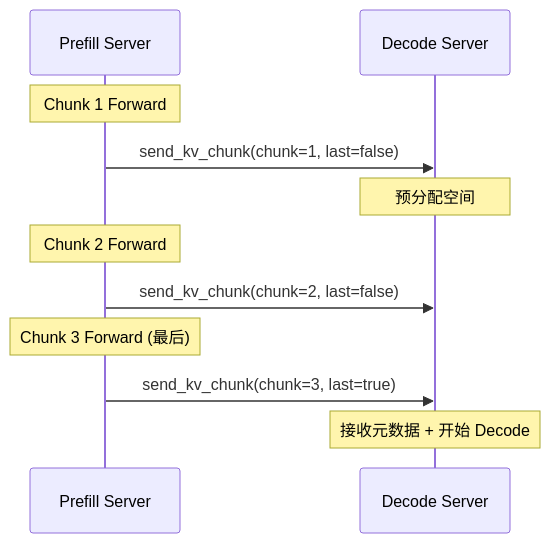
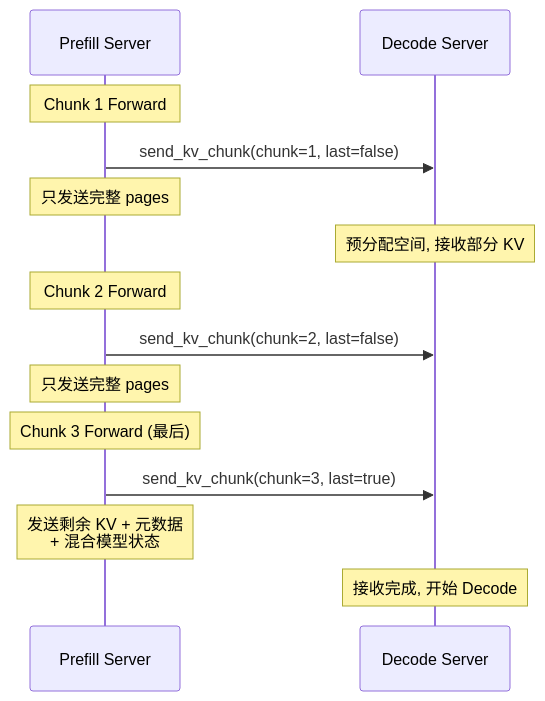
One commit to wesleyck/AIInfraNotes changed the seventh of 7 diagrams in SGLang/14-pd-disaggregation.md. Above: the diagram before and after it, drawn with Mermaid. The commit also changed other lines of this file and 26 other files, not shown here.

````diff
--- a/SGLang/14-pd-disaggregation.md
+++ b/SGLang/14-pd-disaggregation.md
@@ -381,16 +571,19 @@
 ```mermaid
 sequenceDiagram
     participant P as Prefill Server
     participant D as Decode Server
-    
+
     Note over P: Chunk 1 Forward
     P->>D: send_kv_chunk(chunk=1, last=false)
-    Note over D: 预分配空间
-    
+    Note over P: 只发送完整 pages
+    Note over D: 预分配空间, 接收部分 KV
+
     Note over P: Chunk 2 Forward
     P->>D: send_kv_chunk(chunk=2, last=false)
-    
+    Note over P: 只发送完整 pages
+
     Note over P: Chunk 3 Forward (最后)
     P->>D: send_kv_chunk(chunk=3, last=true)
-    Note over D: 接收元数据 + 开始 Decode
+    Note over P: 发送剩余 KV + 元数据<br/>+ 混合模型状态
+    Note over D: 接收完成, 开始 Decode
 ```
````
